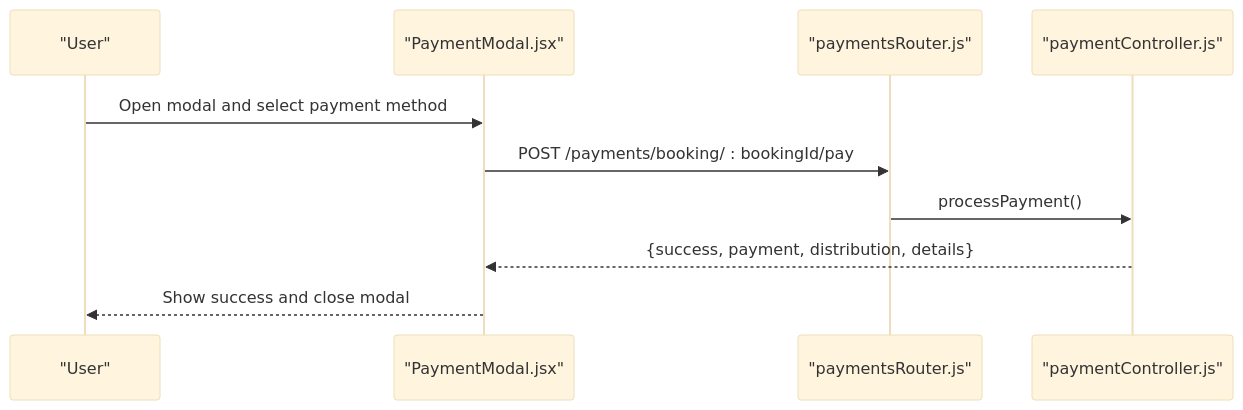
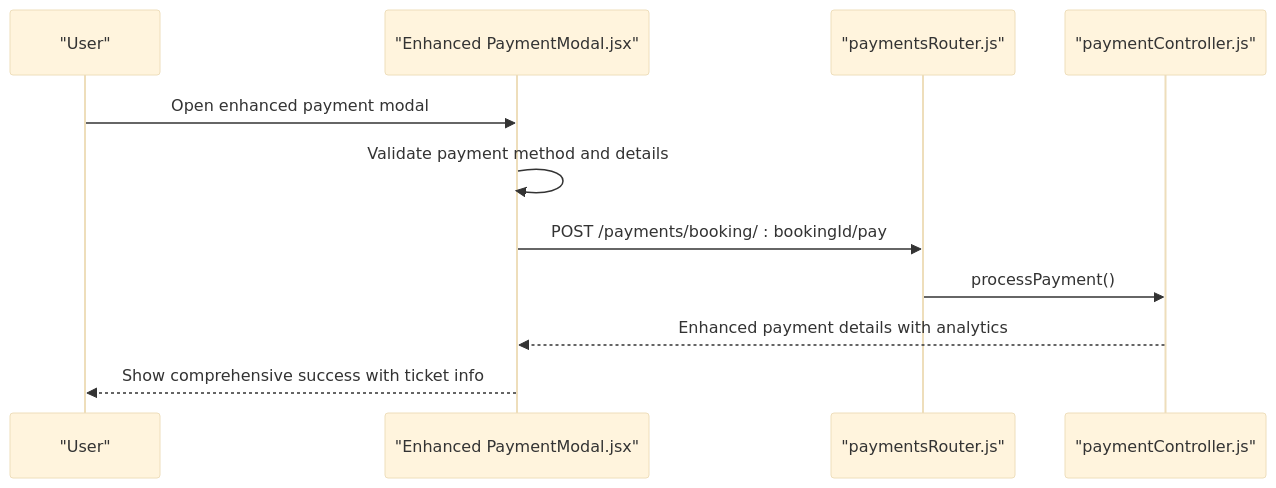
One commit to meghanamallela69-tech/event changed the sixth of 8 diagrams in .qoder/repowiki/en/content/Booking and Payment System/Payment Processing System.md. Above: the diagram before and after it, drawn with Mermaid (base theme). The commit also changed other lines of this file and 63 other files, not shown here.

````diff
--- a/.qoder/repowiki/en/content/Booking and Payment System/Payment Processing System.md
+++ b/.qoder/repowiki/en/content/Booking and Payment System/Payment Processing System.md
@@ -298,12 +313,13 @@
 ```mermaid
 sequenceDiagram
 participant User as "User"
-participant PM as "PaymentModal.jsx"
+participant PM as "Enhanced PaymentModal.jsx"
 participant API as "paymentsRouter.js"
 participant PC as "paymentController.js"
-User->>PM : Open modal and select payment method
+User->>PM : Open enhanced payment modal
+PM->>PM : Validate payment method and details
 PM->>API : POST /payments/booking/ : bookingId/pay
 API->>PC : processPayment()
-PC-->>PM : {success, payment, distribution, details}
-PM-->>User : Show success and close modal
+PC-->>PM : Enhanced payment details with analytics
+PM-->>User : Show comprehensive success with ticket info
 ```
````
